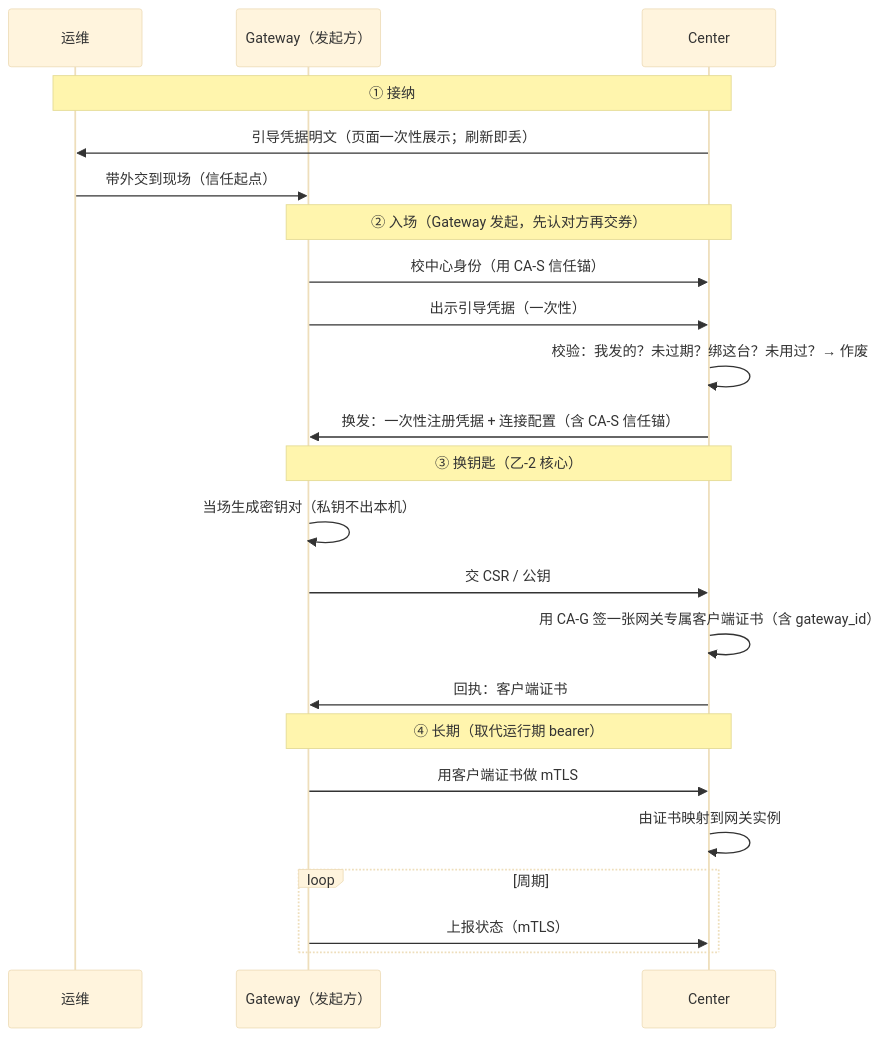
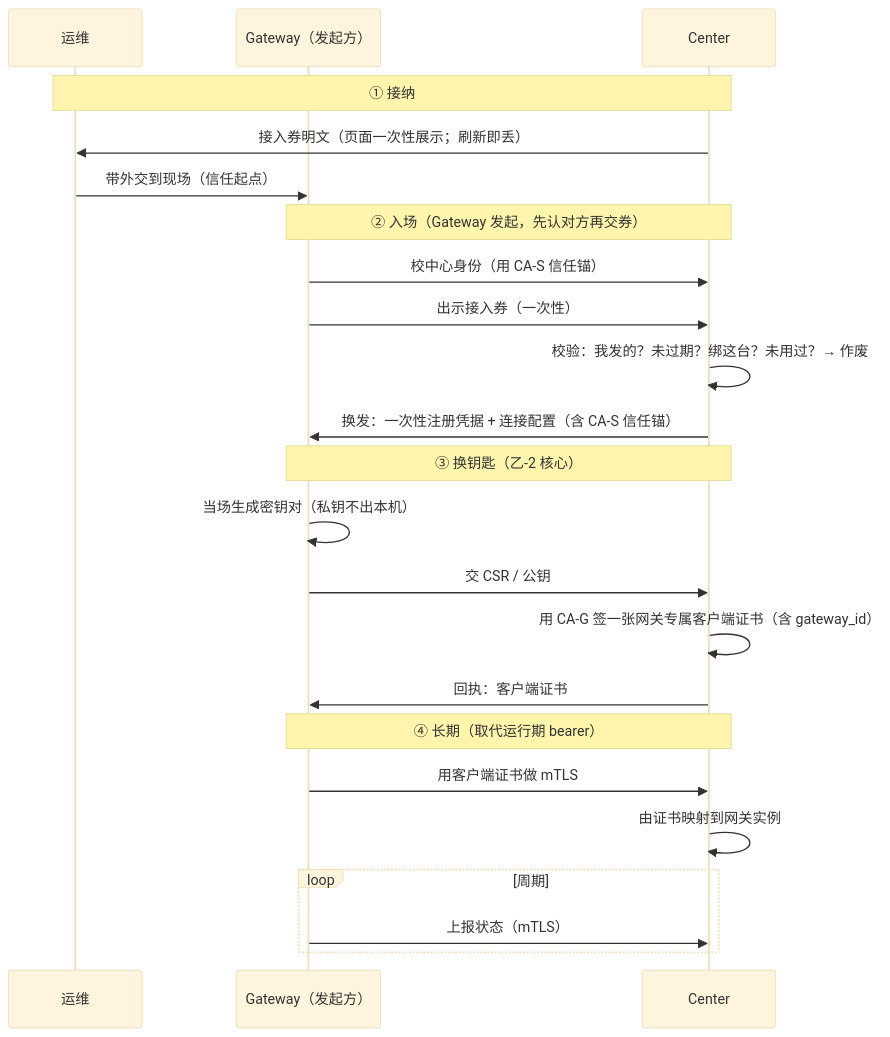
The diagram in doc/design/center/gateway-secure-registration.md (dayu-sec/wist-design), drawn with Mermaid (base theme) before and after one commit. The commit also changed other lines of this file and 12 other files, not shown here.

````diff
--- a/doc/design/center/gateway-secure-registration.md
+++ b/doc/design/center/gateway-secure-registration.md
@@ -35,28 +35,28 @@
 ```mermaid
 sequenceDiagram
     participant Op as 运维
     participant GW as Gateway（发起方）
     participant C as Center
 
     Note over C,Op: ① 接纳
-    C->>Op: 引导凭据明文（页面一次性展示；刷新即丢）
+    C->>Op: 接入券明文（页面一次性展示；刷新即丢）
     Op->>GW: 带外交到现场（信任起点）
 
     Note over GW,C: ② 入场（Gateway 发起，先认对方再交券）
     GW->>C: 校中心身份（用 CA-S 信任锚）
-    GW->>C: 出示引导凭据（一次性）
+    GW->>C: 出示接入券（一次性）
     C->>C: 校验：我发的？未过期？绑这台？未用过？→ 作废
     C->>GW: 换发：一次性注册凭据 + 连接配置（含 CA-S 信任锚）
 
     Note over GW,C: ③ 换钥匙（乙-2 核心）
     GW->>GW: 当场生成密钥对（私钥不出本机）
     GW->>C: 交 CSR / 公钥
     C->>C: 用 CA-G 签一张网关专属客户端证书（含 gateway_id）
     C->>GW: 回执：客户端证书
     Note over GW,C: ④ 长期（取代运行期 bearer）
     GW->>C: 用客户端证书做 mTLS
     C->>C: 由证书映射到网关实例
     loop 周期
         GW->>C: 上报状态（mTLS）
     end
 ```
````
